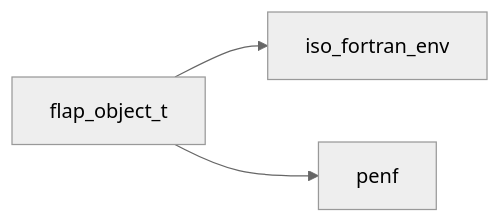
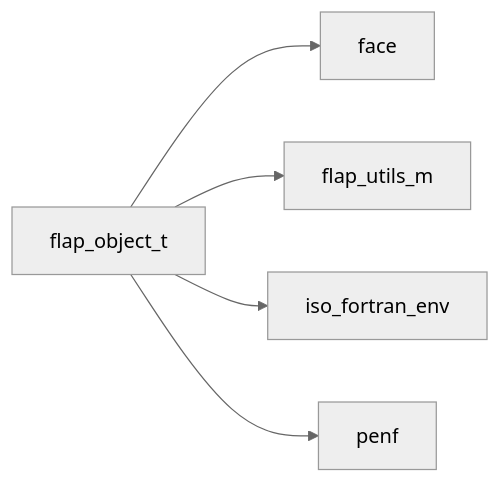
One commit to szaghi/FLAP changed the first of 8 diagrams in docs/api/src/lib/flap_object_t.md. Above: the diagram before and after it, drawn with Mermaid (neutral theme). The commit also changed other lines of this file and 17 other files, not shown here.

````diff
--- a/docs/api/src/lib/flap_object_t.md
+++ b/docs/api/src/lib/flap_object_t.md
@@ -13,5 +13,7 @@
 ```mermaid
 graph LR
+  flap_object_t["flap_object_t"] --> face["face"]
+  flap_object_t["flap_object_t"] --> flap_utils_m["flap_utils_m"]
   flap_object_t["flap_object_t"] --> iso_fortran_env["iso_fortran_env"]
   flap_object_t["flap_object_t"] --> penf["penf"]
 ```
````
